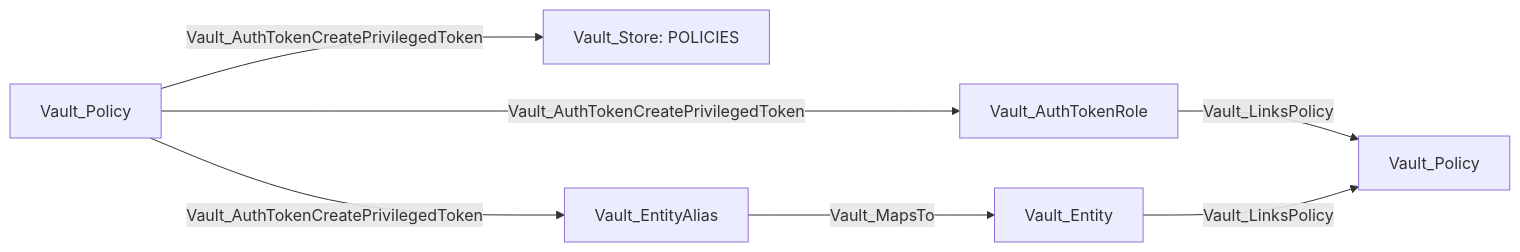
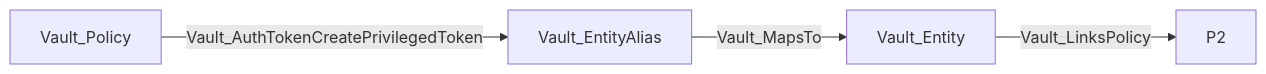
Diagram 27 of 28 in Documentation/stores/AUTH.md (bytewreck/opengraph-vault), drawn with Mermaid before and after one commit. The commit also changed other lines of this file, not shown here.

````diff
--- a/Documentation/stores/AUTH.md
+++ b/Documentation/stores/AUTH.md
@@ -829,9 +840,6 @@
 ```mermaid
 flowchart LR
-    P1[Vault_Policy] -->|Vault_AuthTokenCreatePrivilegedToken| AR[Vault_AuthTokenRole]
-    AR -->|Vault_LinksPolicy| P2[Vault_Policy]
-    P1 -->|Vault_AuthTokenCreatePrivilegedToken| PS["Vault_Store: POLICIES"]
-    P1 -->|Vault_AuthTokenCreatePrivilegedToken| EA[Vault_EntityAlias]
+    P1[Vault_Policy] -->|Vault_AuthTokenCreatePrivilegedToken| EA[Vault_EntityAlias]
     EA -->|Vault_MapsTo| VE[Vault_Entity]
     VE -->|Vault_LinksPolicy| P2
 ```
````
